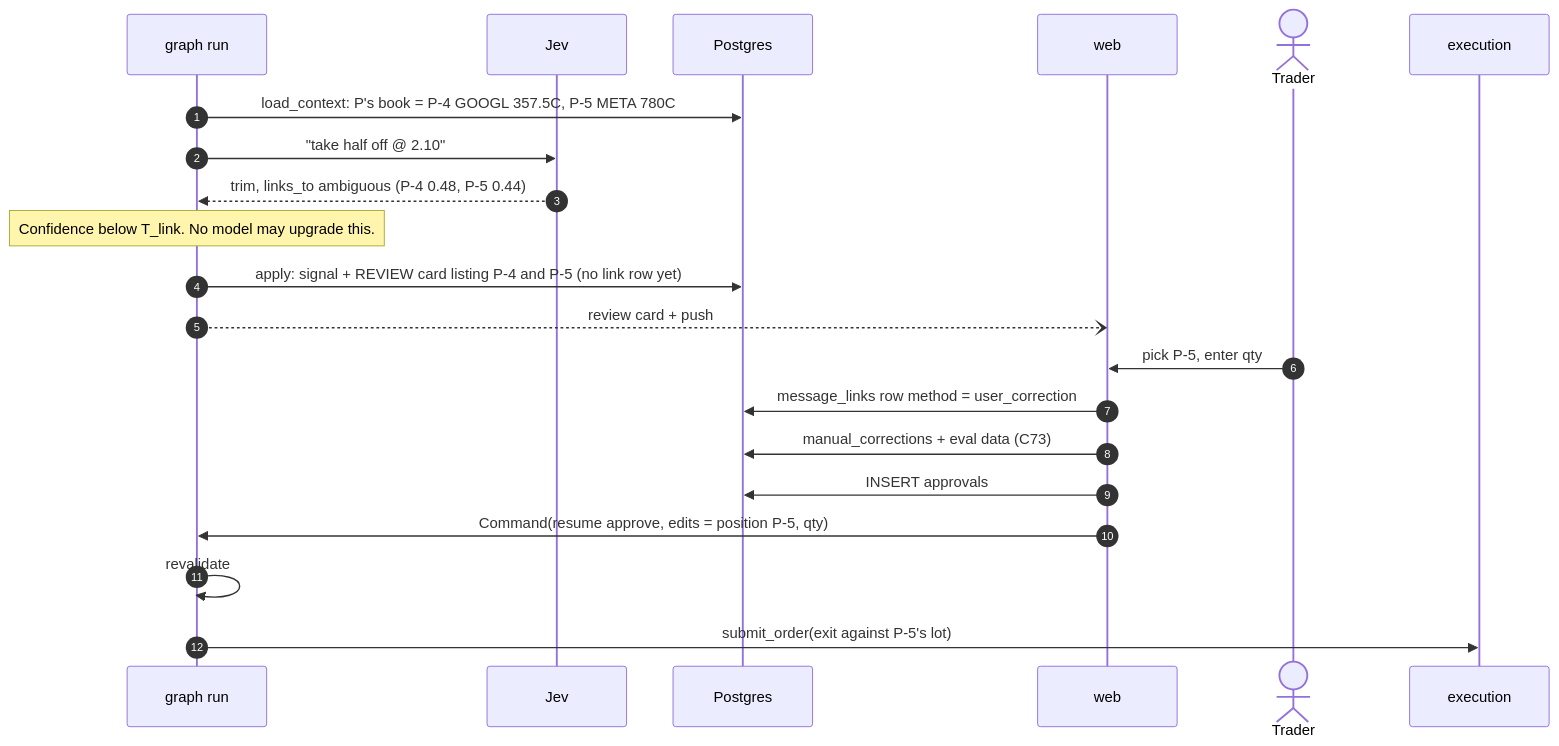
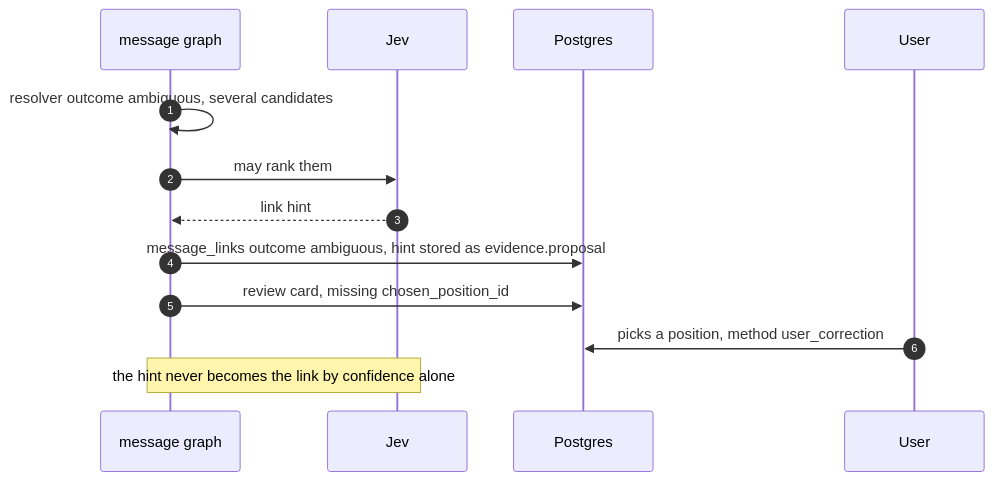
Before and after one commit to idolrun/trading-agent: the fifth of 12 diagrams in docs/diagrams/06-sequence-diagrams.md, drawn with Mermaid. The commit also changed other lines of this file and 131 other files, not shown here.

First line of the commit message:
docs: update architecture and data flow diagrams for clarity and consistency

````diff
--- a/docs/diagrams/06-sequence-diagrams.md
+++ b/docs/diagrams/06-sequence-diagrams.md
@@ -236,24 +150,16 @@
 ```mermaid
 sequenceDiagram
     autonumber
-    participant G as graph run
+    participant G as message graph
     participant J as Jev
     participant DB as Postgres
-    participant W as web
-    actor U as Trader
-    participant X as execution
+    participant U as User
 
-    G->>DB: load_context: P's book = P-4 GOOGL 357.5C, P-5 META 780C
-    G->>J: "take half off @ 2.10"
-    J-->>G: trim, links_to ambiguous (P-4 0.48, P-5 0.44)
-    Note over G: Confidence below T_link. No model may upgrade this.
-    G->>DB: apply: signal + REVIEW card listing P-4 and P-5 (no link row yet)
-    G--)W: review card + push
-    U->>W: pick P-5, enter qty
-    W->>DB: message_links row method = user_correction
-    W->>DB: manual_corrections + eval data (C73)
-    W->>DB: INSERT approvals
-    W->>G: Command(resume approve, edits = position P-5, qty)
-    G->>G: revalidate
-    G->>X: submit_order(exit against P-5's lot)
+    G->>G: resolver outcome ambiguous, several candidates
+    G->>J: may rank them
+    J-->>G: link hint
+    G->>DB: message_links outcome ambiguous, hint stored as evidence.proposal
+    G->>DB: review card, missing chosen_position_id
+    U->>DB: picks a position, method user_correction
+    Note over G,J: the hint never becomes the link by confidence alone
 ```
````
